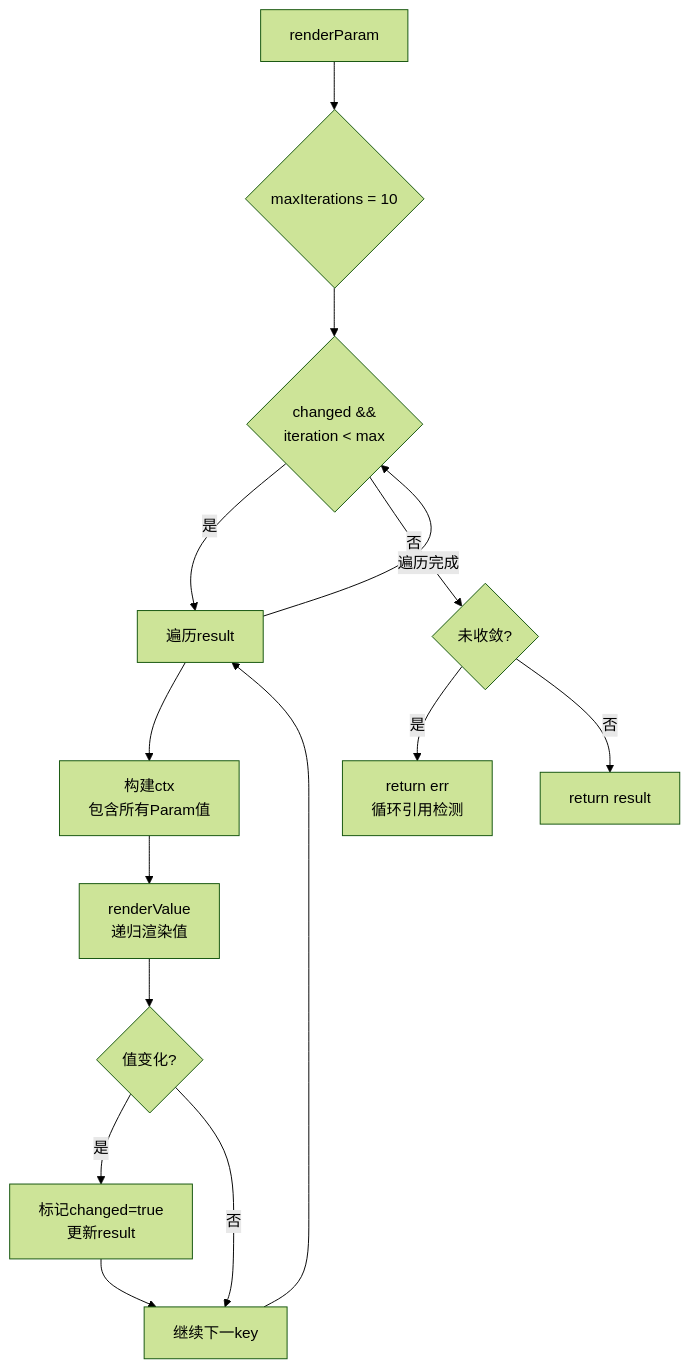
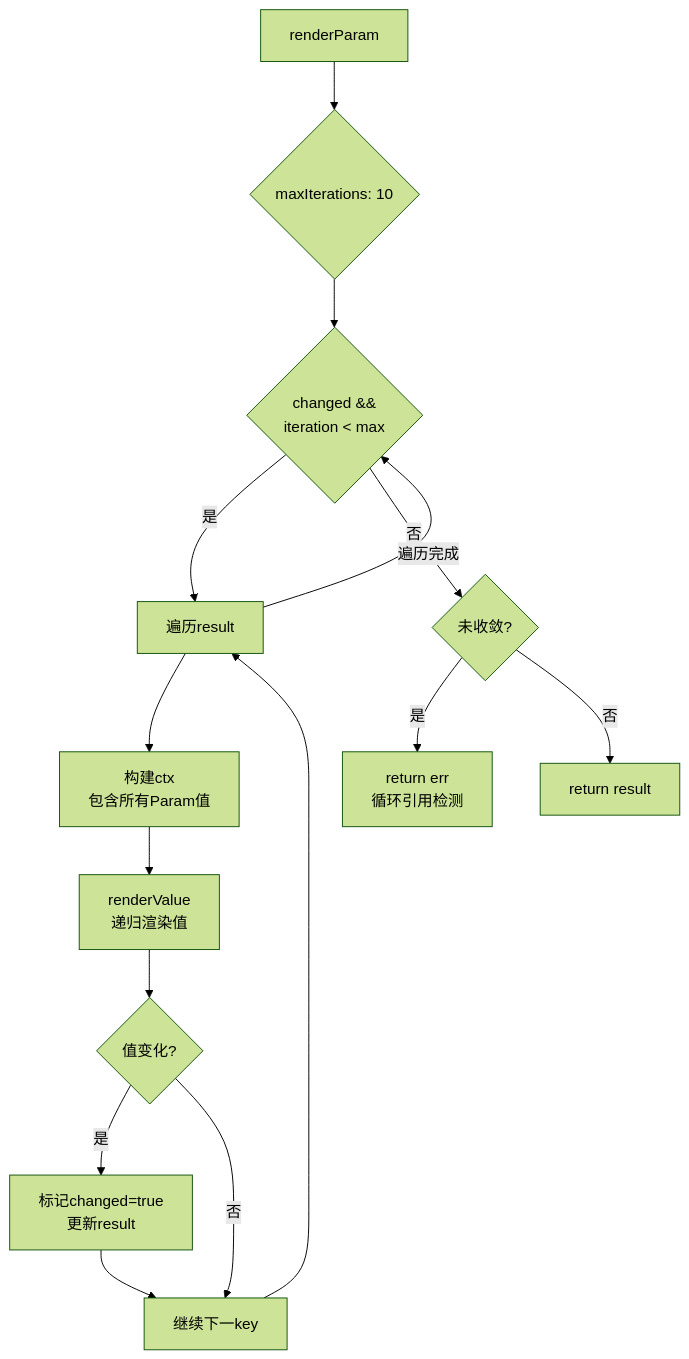
The fifth of 12 diagrams in FLOWS.md (LerkoX/flowx), drawn with Mermaid (forest theme) before and after one commit. The commit also changed other lines of this file and 7 other files, not shown here.

First line of the commit message:
fix: fix Mermaid subgraph syntax issues

````diff
--- a/FLOWS.md
+++ b/FLOWS.md
@@ -107,19 +107,19 @@
 ```mermaid
 flowchart TD
-    A[renderParam] --> B{maxIterations = 10}
+    A[renderParam] -->     B{maxIterations: 10}
     B --> C{changed &&<br/>iteration < max}
     C -->|是| D[遍历result]
     D --> E[构建ctx<br/>包含所有Param值]
     E --> F[renderValue<br/>递归渲染值]
 
     F --> G{值变化?}
     G -->|是| H[标记changed=true<br/>更新result]
     G -->|否| I[继续下一key]
     H --> I
     I --> D
     D -->|遍历完成| C
 
     C -->|否| J{未收敛?}
     J -->|是| K[return err<br/>循环引用检测]
     J -->|否| Z[return result]
 ```
````
